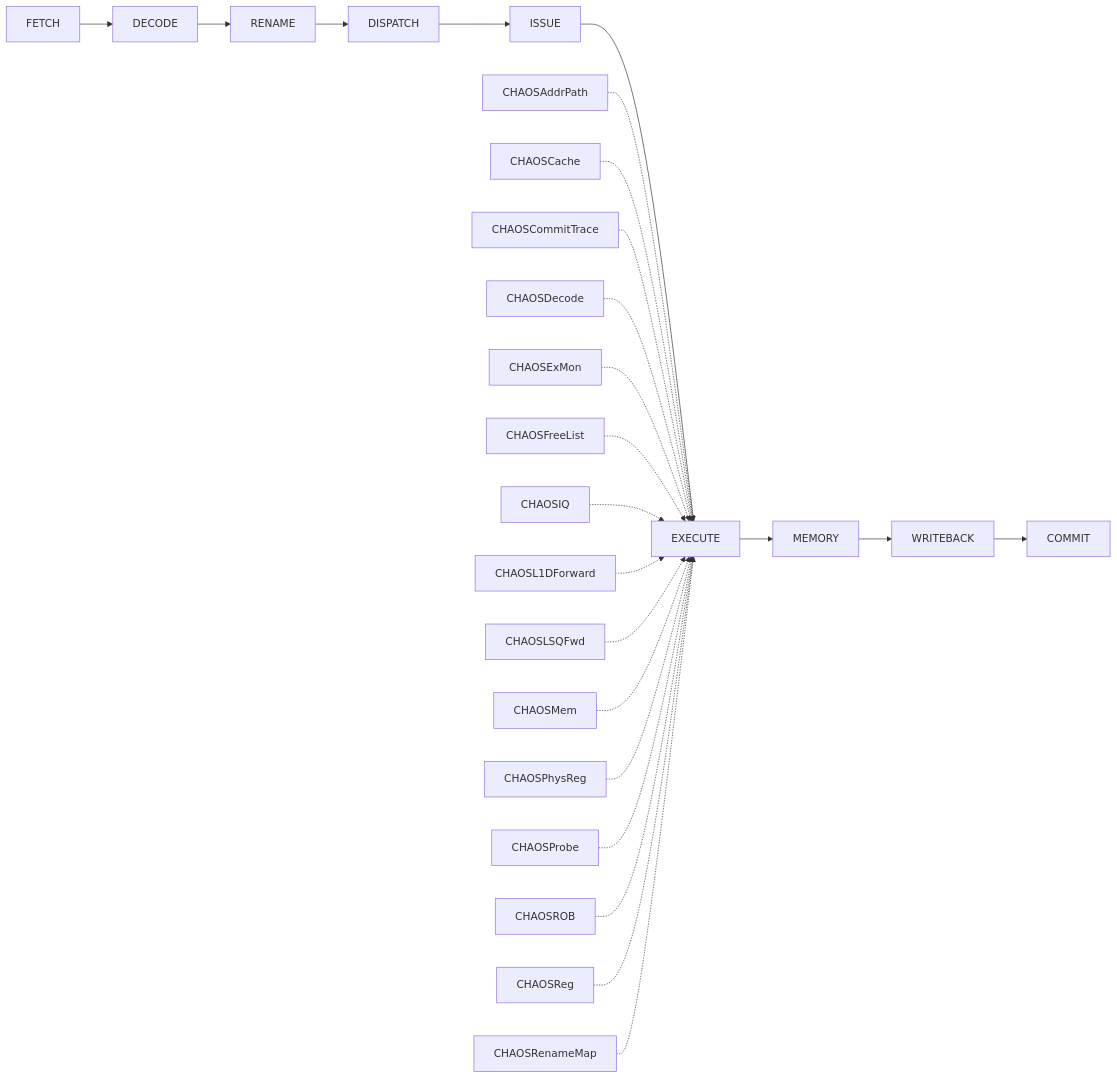
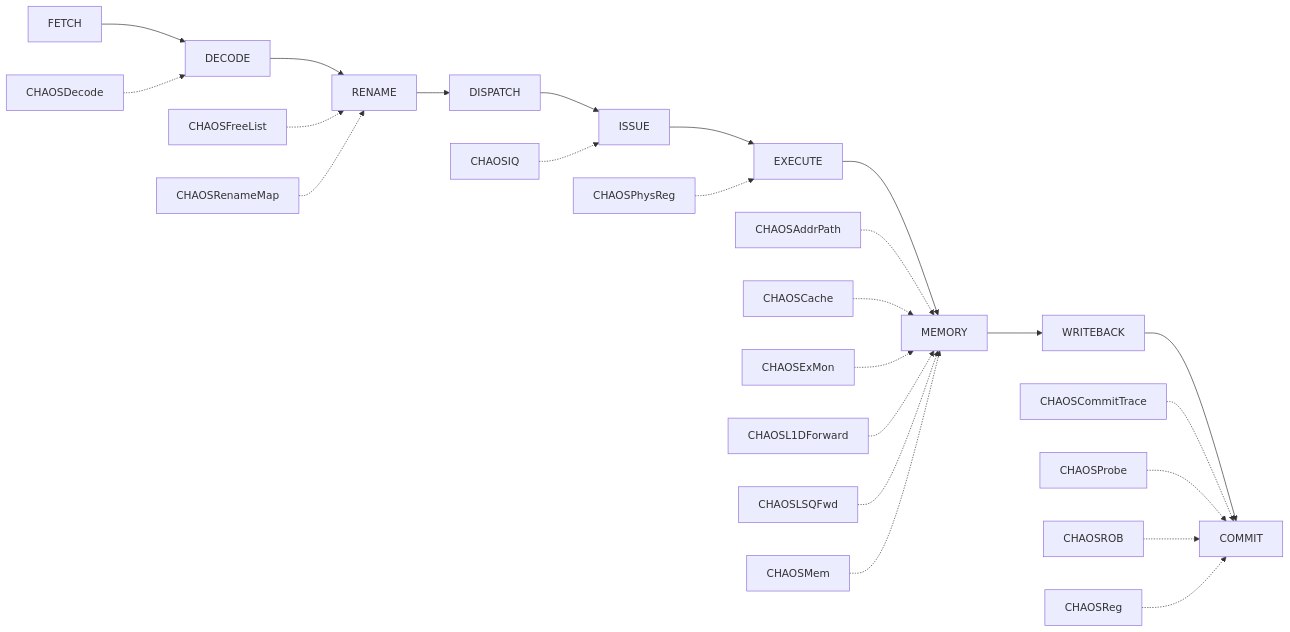
The diagram in docs/cpu/o3-atlas/pages/Load-Store-LDAXP.md (wangxumarshall/gem5-fi), drawn with Mermaid before and after one commit. The commit also changed other lines of this file and 300 other files, not shown here.

````diff
--- a/docs/cpu/o3-atlas/pages/Load-Store-LDAXP.md
+++ b/docs/cpu/o3-atlas/pages/Load-Store-LDAXP.md
@@ -8,35 +8,35 @@
 ```mermaid
 flowchart LR
     N0[FETCH]
     N1[DECODE]
     N2[RENAME]
     N3[DISPATCH]
     N4[ISSUE]
     N5[EXECUTE]
     N6[MEMORY]
     N7[WRITEBACK]
     N8[COMMIT]
     N0 --> N1
     N1 --> N2
     N2 --> N3
     N3 --> N4
     N4 --> N5
     N5 --> N6
     N6 --> N7
     N7 --> N8
-    I0[CHAOSAddrPath] -.-> N5
-    I1[CHAOSCache] -.-> N5
-    I2[CHAOSCommitTrace] -.-> N5
-    I3[CHAOSDecode] -.-> N5
-    I4[CHAOSExMon] -.-> N5
-    I5[CHAOSFreeList] -.-> N5
-    I6[CHAOSIQ] -.-> N5
-    I7[CHAOSL1DForward] -.-> N5
-    I8[CHAOSLSQFwd] -.-> N5
-    I9[CHAOSMem] -.-> N5
+    I0[CHAOSAddrPath] -.-> N6
+    I1[CHAOSCache] -.-> N6
+    I2[CHAOSCommitTrace] -.-> N8
+    I3[CHAOSDecode] -.-> N1
+    I4[CHAOSExMon] -.-> N6
+    I5[CHAOSFreeList] -.-> N2
+    I6[CHAOSIQ] -.-> N4
+    I7[CHAOSL1DForward] -.-> N6
+    I8[CHAOSLSQFwd] -.-> N6
+    I9[CHAOSMem] -.-> N6
     I10[CHAOSPhysReg] -.-> N5
-    I11[CHAOSProbe] -.-> N5
-    I12[CHAOSROB] -.-> N5
-    I13[CHAOSReg] -.-> N5
-    I14[CHAOSRenameMap] -.-> N5
+    I11[CHAOSProbe] -.-> N8
+    I12[CHAOSROB] -.-> N8
+    I13[CHAOSReg] -.-> N8
+    I14[CHAOSRenameMap] -.-> N2
 ```
````
